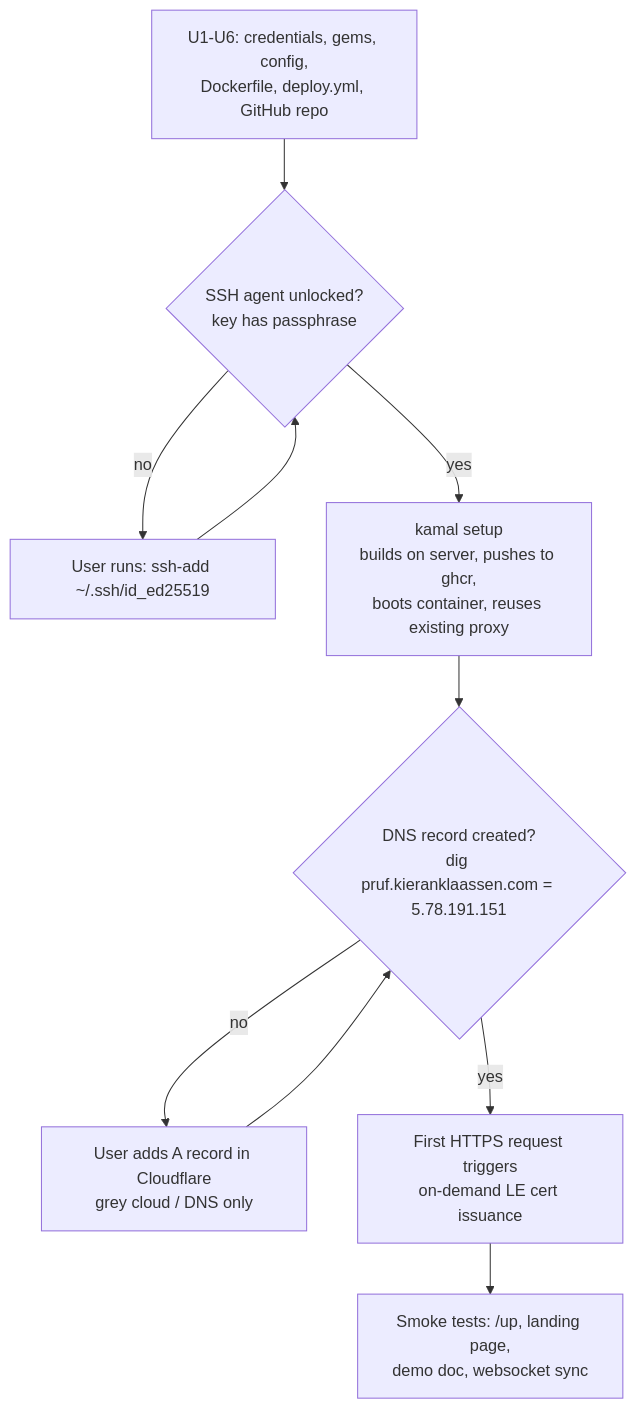
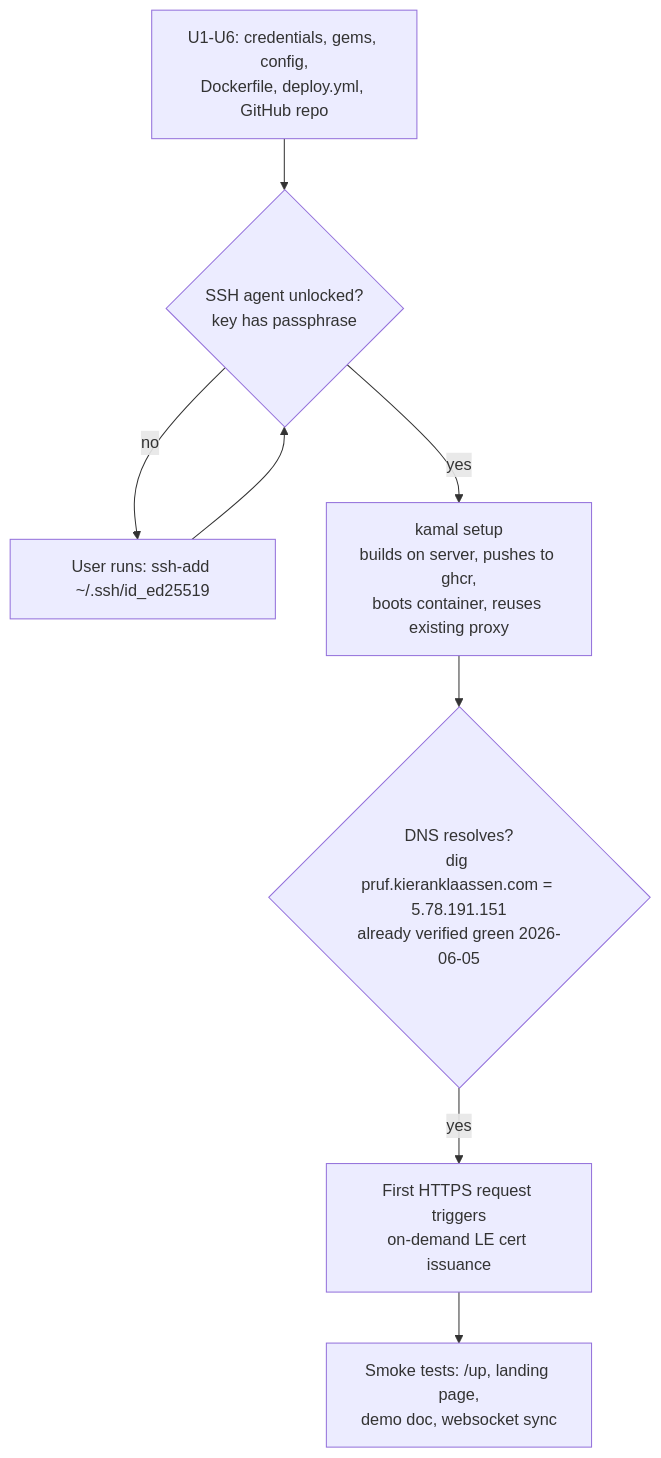
Before and after one commit to kieranklaassen/thinkroom: the second of 2 diagrams in docs/plans/2026-06-05-002-feat-kamal-deploy-cora-hetzner-plan.md, drawn with Mermaid. The commit also changed other lines of this file and 2 other files, not shown here.

````diff
--- a/docs/plans/2026-06-05-002-feat-kamal-deploy-cora-hetzner-plan.md
+++ b/docs/plans/2026-06-05-002-feat-kamal-deploy-cora-hetzner-plan.md
@@ -109,12 +110,10 @@
 ```mermaid
 flowchart TB
   S0[U1-U6: credentials, gems, config,<br/>Dockerfile, deploy.yml, GitHub repo] --> G1{SSH agent unlocked?<br/>key has passphrase}
   G1 -->|no| H1[User runs: ssh-add ~/.ssh/id_ed25519]
   H1 --> G1
   G1 -->|yes| S1[kamal setup<br/>builds on server, pushes to ghcr,<br/>boots container, reuses existing proxy]
-  S1 --> G2{DNS record created?<br/>dig pruf.kieranklaassen.com = 5.78.191.151}
-  G2 -->|no| H2[User adds A record in Cloudflare<br/>grey cloud / DNS only]
-  H2 --> G2
+  S1 --> G2{DNS resolves?<br/>dig pruf.kieranklaassen.com = 5.78.191.151<br/>already verified green 2026-06-05}
   G2 -->|yes| S2[First HTTPS request triggers<br/>on-demand LE cert issuance]
   S2 --> S3[Smoke tests: /up, landing page,<br/>demo doc, websocket sync]
 ```
````
